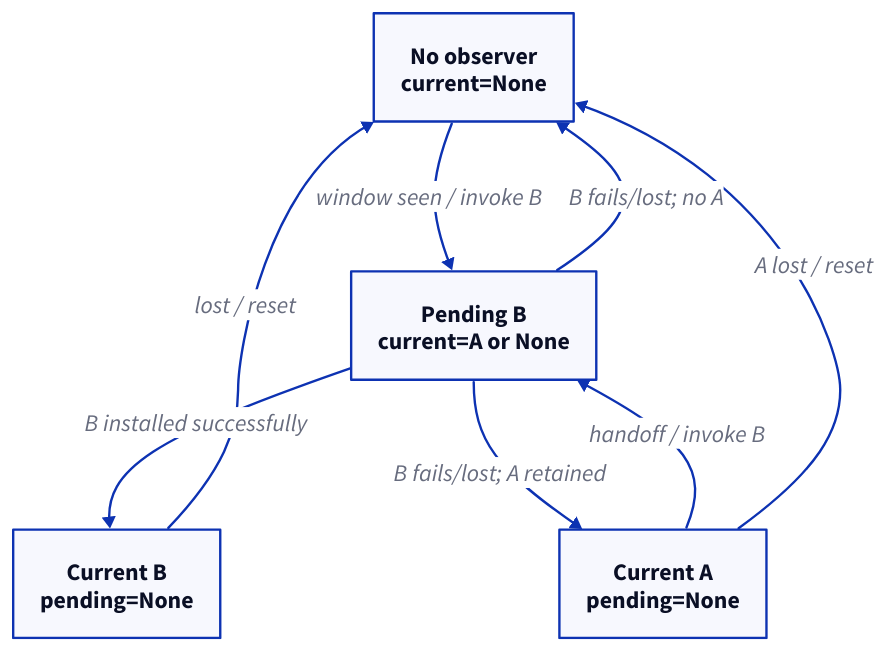
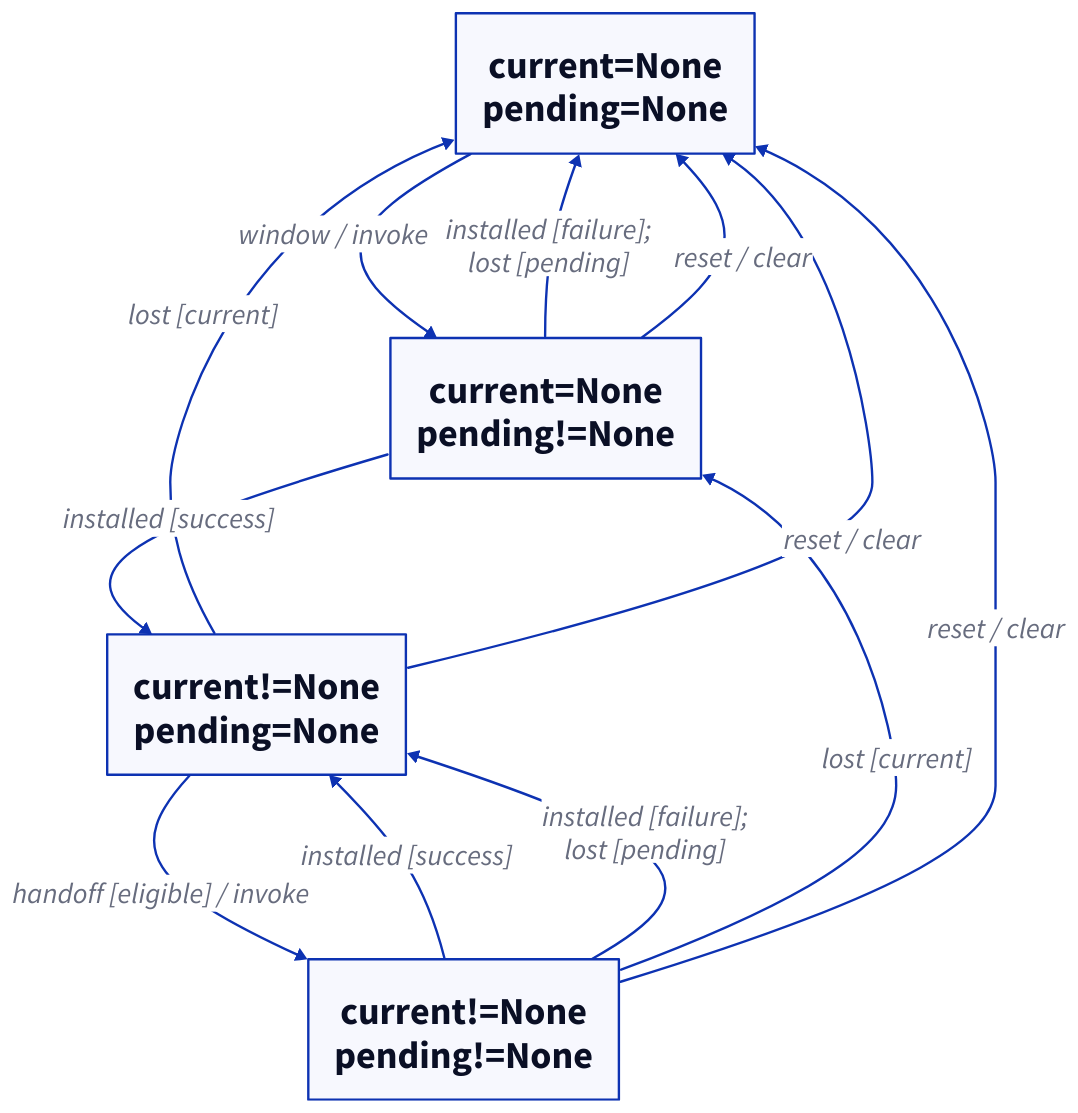
Before and after one commit to rei277hz/chromaticity: the diagram in products/perceptual-grade-book/docs/book/diagrams/07-gesture.d2, drawn with D2. The commit also changed 266 other files, not shown here.

```diff
--- a/products/perceptual-grade-book/docs/book/diagrams/07-gesture.d2
+++ b/products/perceptual-grade-book/docs/book/diagrams/07-gesture.d2
@@ -1,16 +1,21 @@
 direction: down
 
-none: "No observer\ncurrent=None"
-current: "Current A\npending=None"
-pending: "Pending B\ncurrent=A or None"
-next: "Current B\npending=None"
-none -> pending: "window seen / invoke B"
-current -> pending: "handoff / invoke B"
-pending -> next: "B installed successfully"
-pending -> current: "B fails/lost; A retained"
-pending -> none: "B fails/lost; no A"
-current -> none: "A lost / reset"
-next -> none: "lost / reset"
+none: "current=None\npending=None"
+current: "current!=None\npending=None"
+pending: "current=None\npending!=None"
+replacing: "current!=None\npending!=None"
 
-**.style.font-size: 20
-(** -> **)[*].style.font-size: 20
+none -> pending: "window / invoke"
+current -> replacing: "handoff [eligible] / invoke"
+pending -> current: "installed [success]"
+replacing -> current: "installed [success]"
+pending -> none: "installed [failure];\nlost [pending]"
+replacing -> current: "installed [failure];\nlost [pending]"
+replacing -> pending: "lost [current]"
+current -> none: "lost [current]"
+pending -> none: "reset / clear"
+replacing -> none: "reset / clear"
+current -> none: "reset / clear"
+
+**.style.font-size: 32
+(** -> **)[*].style.font-size: 24
```
